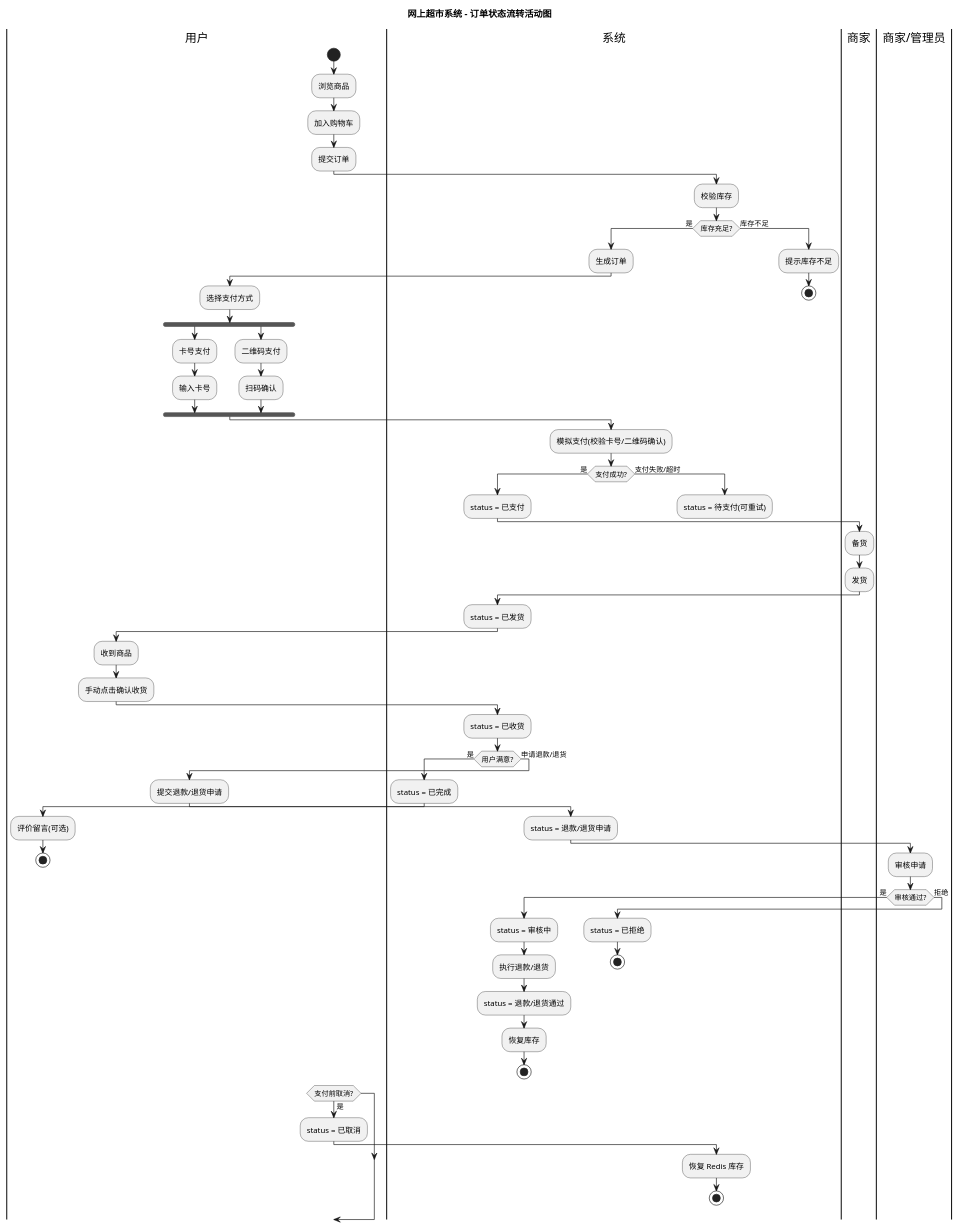
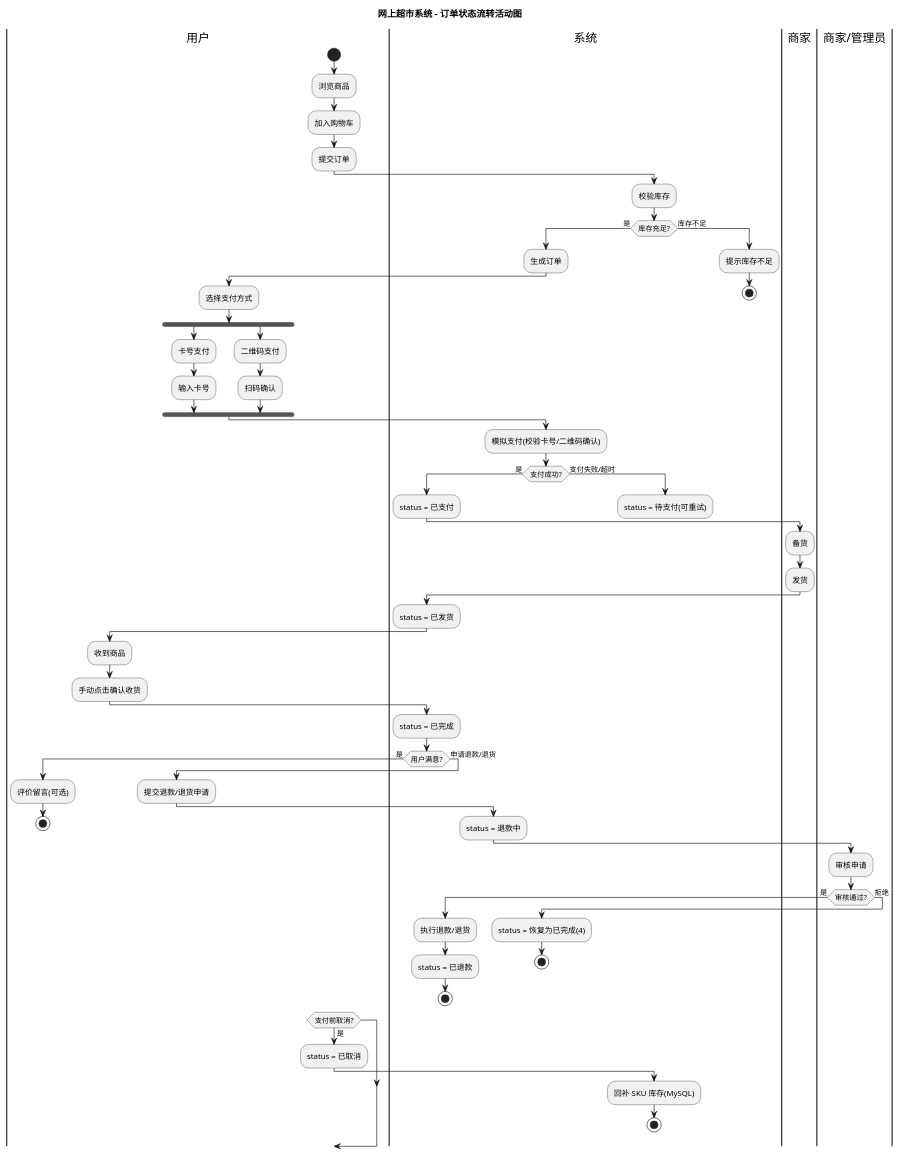
The first of 3 diagrams in uml/uml-activity.puml (KIM406-CMD/chrono), drawn with PlantUML before and after one commit. The commit also changed other lines of this file and 21 other files, not shown here.

First line of the commit message:
docs: 同步设计文档与 UML 图

```diff
--- a/uml/uml-activity.puml
+++ b/uml/uml-activity.puml
@@ -1,81 +1,78 @@
 @startuml 订单状态流转
 
 title 网上超市系统 - 订单状态流转活动图
 
 |用户|
 start
 :浏览商品;
 :加入购物车;
 :提交订单;
 |系统|
 :校验库存;
 if (库存充足?) then (是)
   :生成订单;
   |用户|
   :选择支付方式;
   fork
     :卡号支付;
     :输入卡号;
   fork again
     :二维码支付;
     :扫码确认;
   end fork
   |系统|
   :模拟支付(校验卡号/二维码确认);
   if (支付成功?) then (是)
     :status = 已支付;
     |商家|
     :备货;
     :发货;
     |系统|
     :status = 已发货;
     |用户|
     :收到商品;
     :手动点击确认收货;
     |系统|
-    :status = 已收货;
+    :status = 已完成;
 
     if (用户满意?) then (是)
-      :status = 已完成;
       |用户|
       :评价留言(可选);
       stop
     else (申请退款/退货)
       |用户|
       :提交退款/退货申请;
       |系统|
-      :status = 退款/退货申请;
+      :status = 退款中;
       |商家/管理员|
       :审核申请;
       if (审核通过?) then (是)
         |系统|
-        :status = 审核中;
         :执行退款/退货;
-        :status = 退款/退货通过;
-        :恢复库存;
+        :status = 已退款;
         stop
       else (拒绝)
-        :status = 已拒绝;
+        :status = 恢复为已完成(4);
         stop
       endif
     endif
 
   else (支付失败/超时)
     :status = 待支付(可重试);
     detach
   endif
 
 else (库存不足)
   :提示库存不足;
   stop
 endif
 
 |用户|
 if (支付前取消?) then (是)
   :status = 已取消;
   |系统|
-  :恢复 Redis 库存;
+  :回补 SKU 库存(MySQL);
   stop
 endif
 
 @enduml
```
